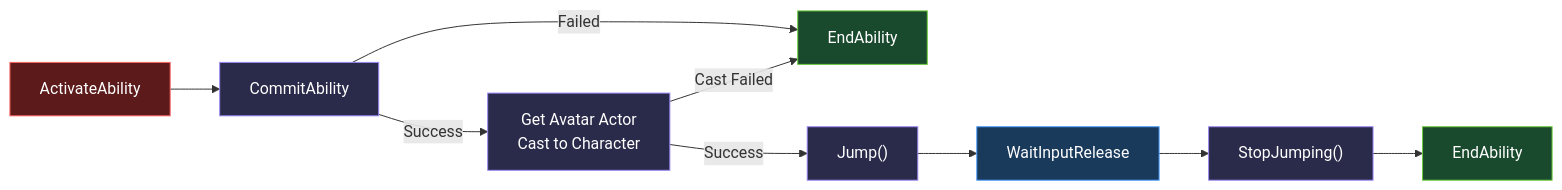
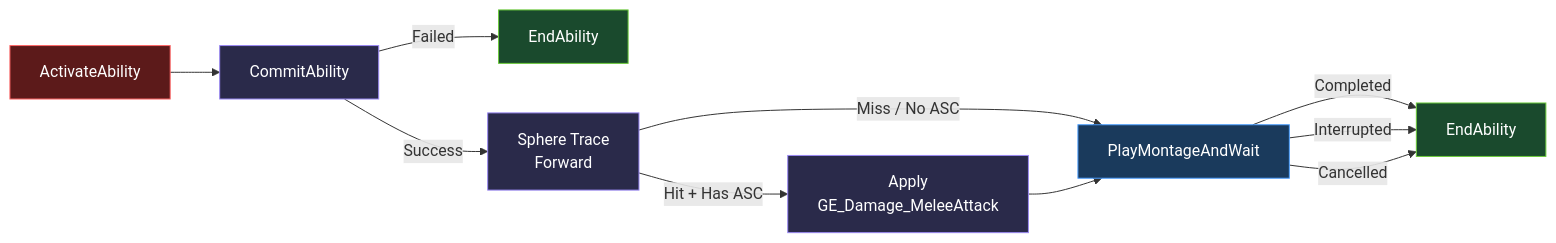
One commit to dreulavelle/gas-docs changed the diagram in docs/getting-started/your-first-ability.md. Above: the diagram before and after it, drawn with Mermaid. The commit also changed other lines of this file and 2 other files, not shown here.

First line of the commit message:
docs: rewrite Your First Ability from jump to simplified melee attack (#8)

````diff
--- a/docs/getting-started/your-first-ability.md
+++ b/docs/getting-started/your-first-ability.md
@@ -103,16 +132,17 @@
     ```mermaid
     flowchart LR
         A["ActivateAbility"]:::event --> B["CommitAbility"]:::func
         B -->|Failed| C["EndAbility"]:::endpoint
-        B -->|Success| D["Get Avatar Actor\nCast to Character"]:::func
-        D -->|Cast Failed| C
-        D -->|Success| E["Jump()"]:::func
-        E --> F["WaitInputRelease"]:::task
-        F --> G["StopJumping()"]:::func
-        G --> H["EndAbility"]:::endpoint
+        B -->|Success| D["Sphere Trace\nForward"]:::func
+        D -->|Hit + Has ASC| E["Apply\nGE_Damage_MeleeAttack"]:::func
+        D -->|Miss / No ASC| F["PlayMontageAndWait"]:::task
+        E --> F
+        F -->|Completed| G["EndAbility"]:::endpoint
+        F -->|Interrupted| G
+        F -->|Cancelled| G
 
         classDef event fill:#5c1a1a,stroke:#ff6666,color:#fff
         classDef func fill:#2a2a4a,stroke:#9b89f5,color:#fff
         classDef task fill:#1a3a5c,stroke:#4a9eff,color:#fff
         classDef endpoint fill:#1a4a2d,stroke:#6bcb3a,color:#fff
     ```
````
